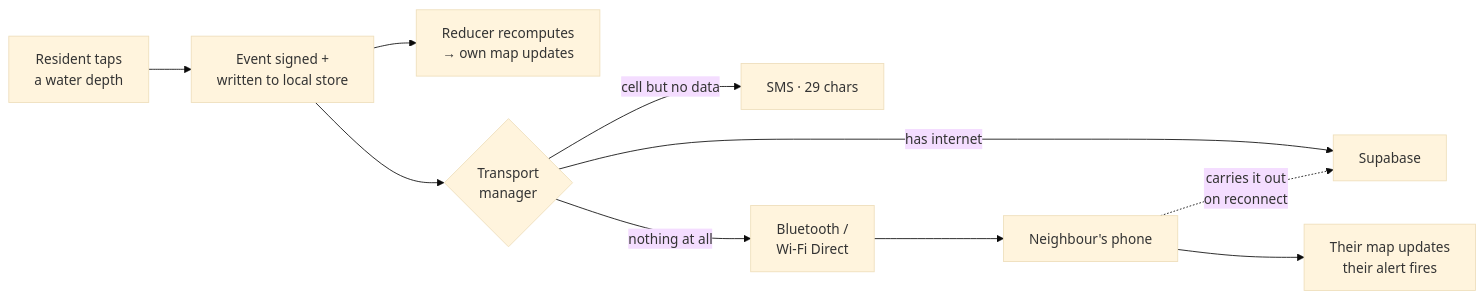
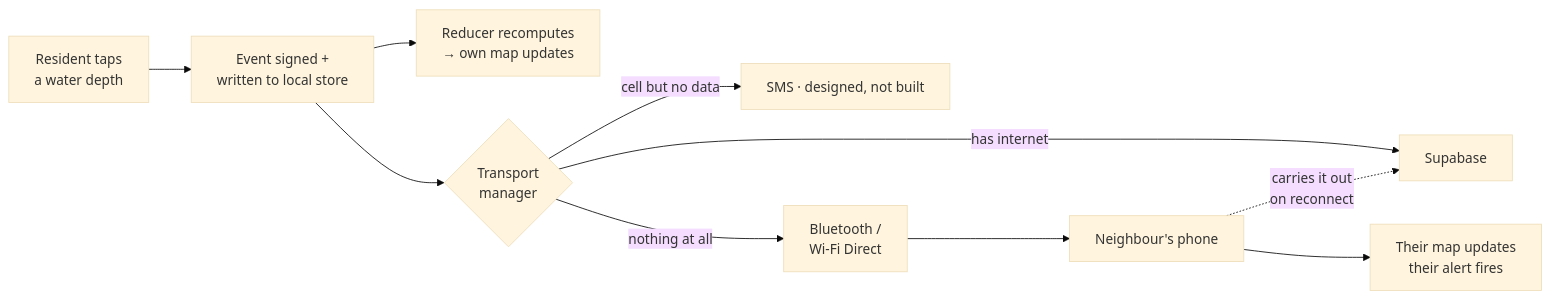
The diagram in README.md (afjk-x3/ka-alerto), drawn with Mermaid (base theme) before and after one commit. The commit also changed other lines of this file and 3 other files, not shown here.

Commit message:
docs: SMS fallback is designed but not built (sending SMS is charged)

````diff
--- a/README.md
+++ b/README.md
@@ -33,12 +33,12 @@
 ```mermaid
 flowchart LR
     A["Resident taps<br/>a water depth"] --> B["Event signed +<br/>written to local store"]
     B --> C["Reducer recomputes<br/>→ own map updates"]
     B --> D{"Transport<br/>manager"}
     D -->|has internet| E["Supabase"]
-    D -->|cell but no data| F["SMS · 29 chars"]
+    D -->|cell but no data| F["SMS · designed, not built"]
     D -->|nothing at all| G["Bluetooth /<br/>Wi-Fi Direct"]
     G --> H["Neighbour's phone"]
     H --> I["Their map updates<br/>their alert fires"]
     H -.->|carries it out<br/>on reconnect| E
 ```
````
